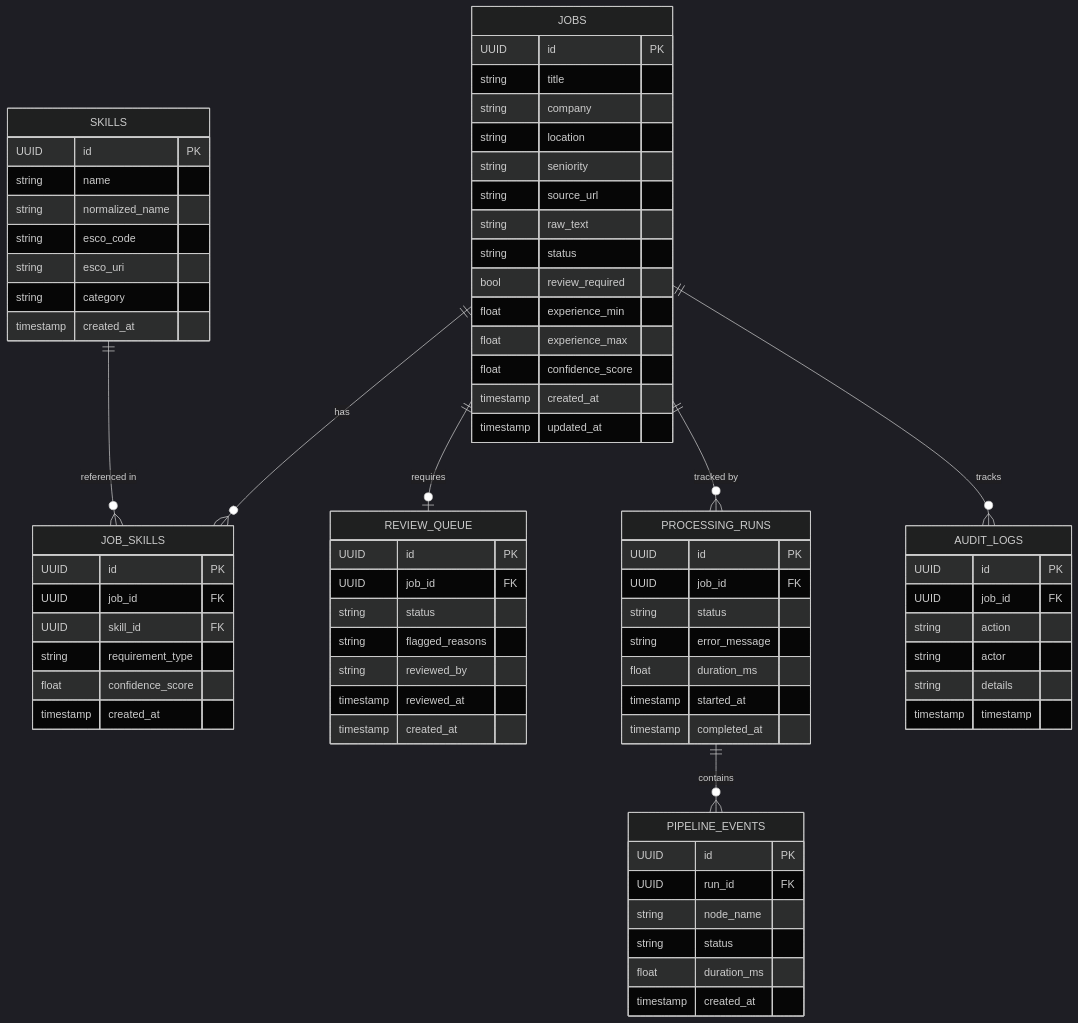
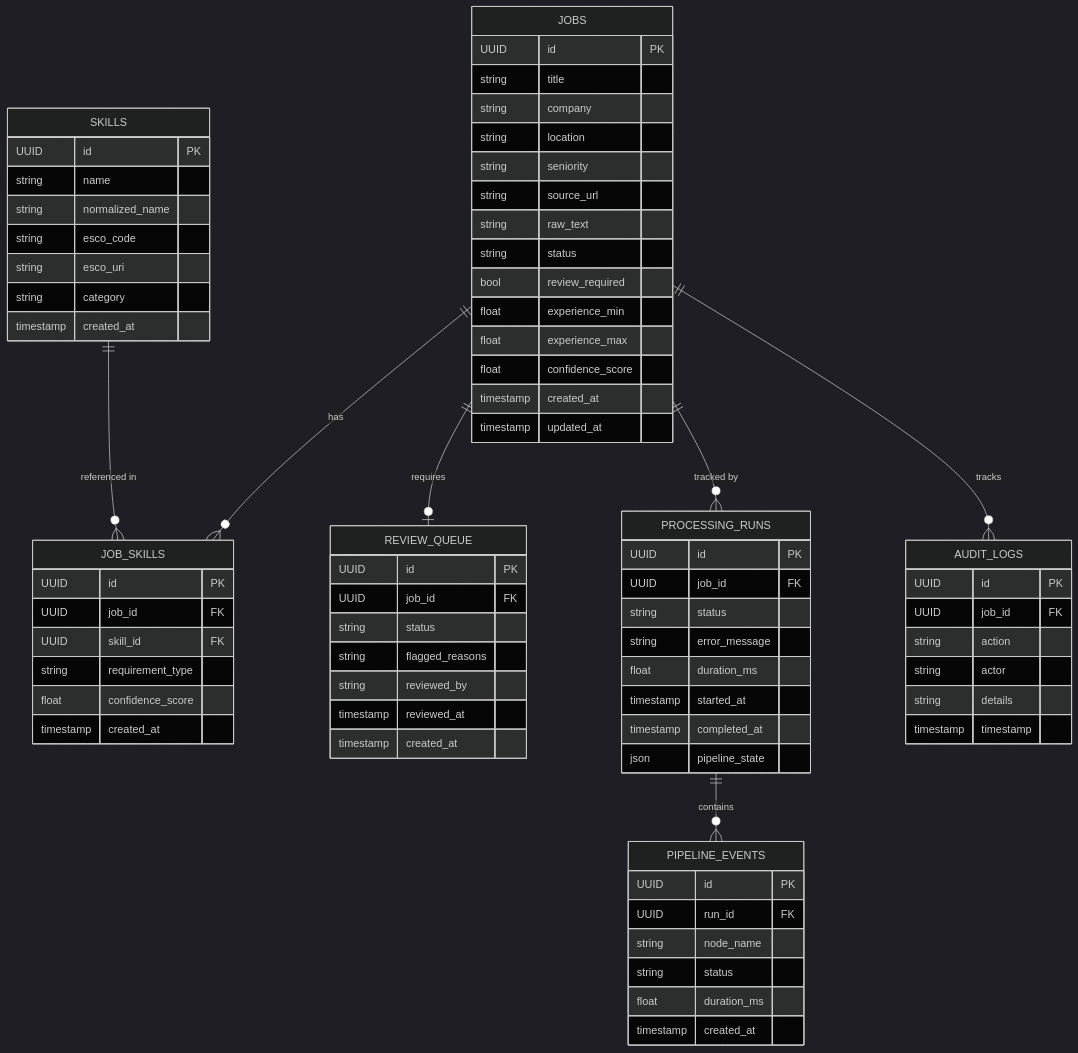
Before and after one commit to sbkxd/Job-Desription-Parser: the third of 5 diagrams in architecture.md, drawn with Mermaid (dark theme). The commit also changed other lines of this file and 17 other files, not shown here.

````diff
--- a/architecture.md
+++ b/architecture.md
@@ -131,77 +139,78 @@
 ```mermaid
 erDiagram
     JOBS {
         UUID id PK
         string title
         string company
         string location
         string seniority
         string source_url
         string raw_text
         string status
         bool review_required
         float experience_min
         float experience_max
         float confidence_score
         timestamp created_at
         timestamp updated_at
     }
     SKILLS {
         UUID id PK
         string name
         string normalized_name
         string esco_code
         string esco_uri
         string category
         timestamp created_at
     }
     JOB_SKILLS {
         UUID id PK
         UUID job_id FK
         UUID skill_id FK
         string requirement_type
         float confidence_score
         timestamp created_at
     }
     REVIEW_QUEUE {
         UUID id PK
         UUID job_id FK
         string status
         string flagged_reasons
         string reviewed_by
         timestamp reviewed_at
         timestamp created_at
     }
     PROCESSING_RUNS {
         UUID id PK
         UUID job_id FK
         string status
         string error_message
         float duration_ms
         timestamp started_at
         timestamp completed_at
+        json pipeline_state
     }
     AUDIT_LOGS {
         UUID id PK
         UUID job_id FK
         string action
         string actor
         string details
         timestamp timestamp
     }
     PIPELINE_EVENTS {
         UUID id PK
         UUID run_id FK
         string node_name
         string status
         float duration_ms
         timestamp created_at
     }
 
     JOBS ||--o{ JOB_SKILLS : "has"
     SKILLS ||--o{ JOB_SKILLS : "referenced in"
     JOBS ||--o| REVIEW_QUEUE : "requires"
     JOBS ||--o{ PROCESSING_RUNS : "tracked by"
     JOBS ||--o{ AUDIT_LOGS : "tracks"
     PROCESSING_RUNS ||--o{ PIPELINE_EVENTS : "contains"
 ```
````
